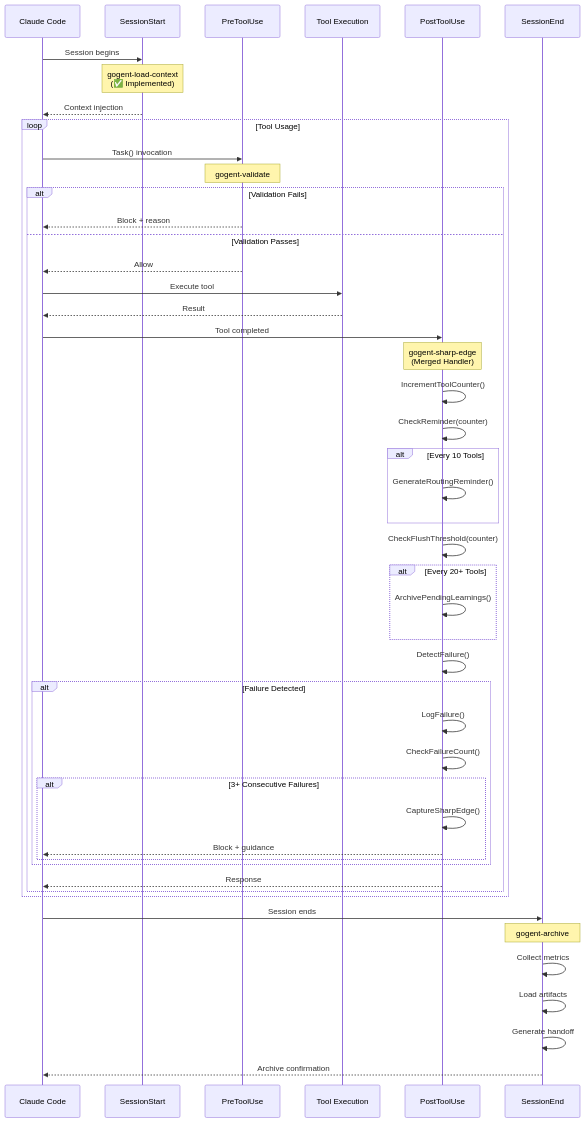
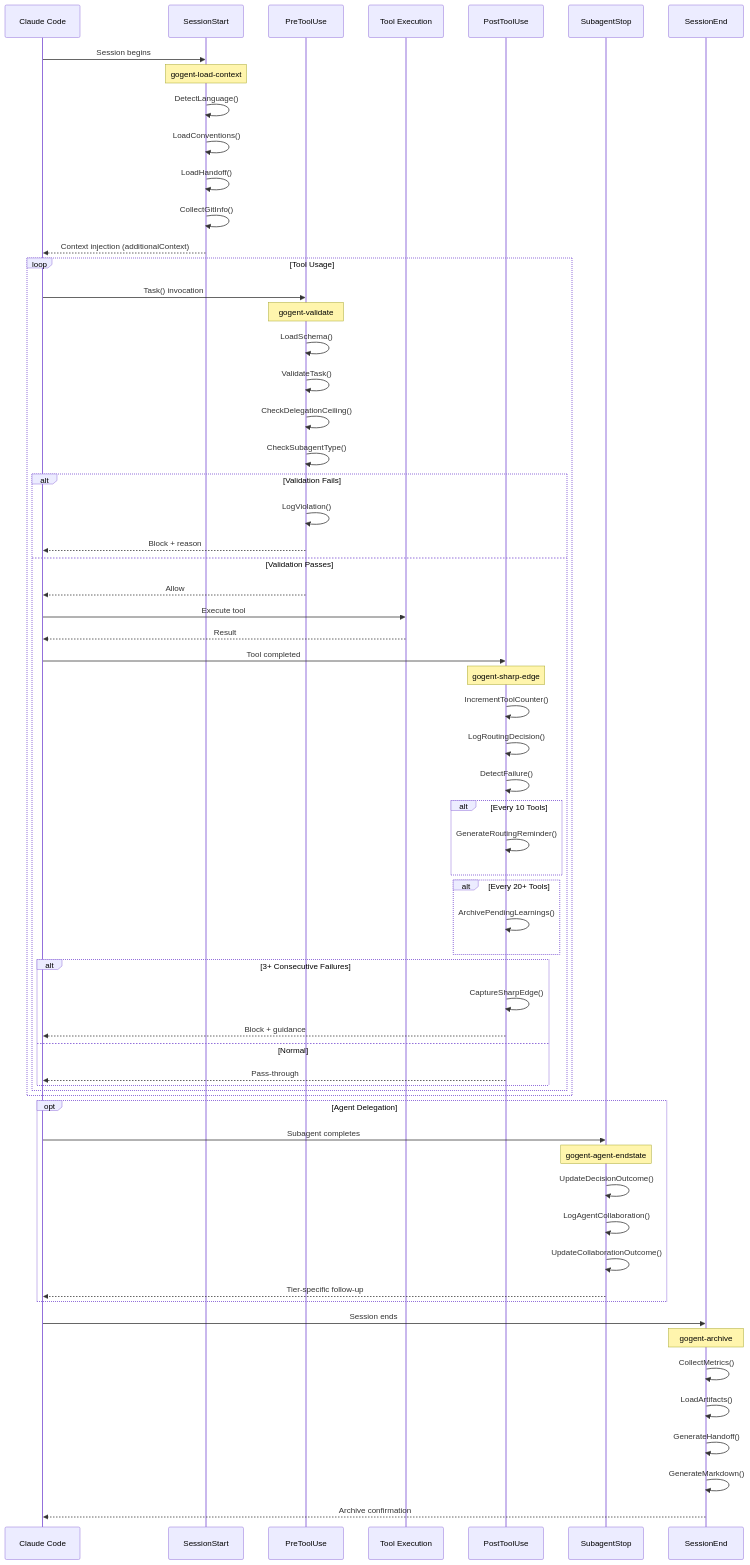
Before and after one commit to Bucket-Chemist/goYoke: the first of 6 diagrams in docs/systems-architecture-overview.md, drawn with Mermaid. The commit also changed other lines of this file and 71 other files, not shown here.

````diff
--- a/docs/systems-architecture-overview.md
+++ b/docs/systems-architecture-overview.md
@@ -21,57 +156,74 @@
 ```mermaid
 sequenceDiagram
     participant CC as Claude Code
     participant SS as SessionStart
     participant PT as PreToolUse
     participant Tool as Tool Execution
     participant PO as PostToolUse
+    participant SA as SubagentStop
     participant SE as SessionEnd
 
     CC->>SS: Session begins
-    Note over SS: gogent-load-context<br/>(✅ Implemented)
-    SS-->>CC: Context injection
+    Note over SS: gogent-load-context
+    SS->>SS: DetectLanguage()
+    SS->>SS: LoadConventions()
+    SS->>SS: LoadHandoff()
+    SS->>SS: CollectGitInfo()
+    SS-->>CC: Context injection (additionalContext)
 
     loop Tool Usage
         CC->>PT: Task() invocation
         Note over PT: gogent-validate
+        PT->>PT: LoadSchema()
+        PT->>PT: ValidateTask()
+        PT->>PT: CheckDelegationCeiling()
+        PT->>PT: CheckSubagentType()
 
         alt Validation Fails
+            PT->>PT: LogViolation()
             PT-->>CC: Block + reason
         else Validation Passes
             PT-->>CC: Allow
             CC->>Tool: Execute tool
             Tool-->>CC: Result
+
             CC->>PO: Tool completed
-            Note over PO: gogent-sharp-edge<br/>(Merged Handler)
+            Note over PO: gogent-sharp-edge
+            PO->>PO: IncrementToolCounter()
+            PO->>PO: LogRoutingDecision()
+            PO->>PO: DetectFailure()
 
-            PO->>PO: IncrementToolCounter()
-            PO->>PO: CheckReminder(counter)
             alt Every 10 Tools
                 PO->>PO: GenerateRoutingReminder()
             end
-            PO->>PO: CheckFlushThreshold(counter)
+
             alt Every 20+ Tools
                 PO->>PO: ArchivePendingLearnings()
             end
 
-            PO->>PO: DetectFailure()
-            alt Failure Detected
-                PO->>PO: LogFailure()
-                PO->>PO: CheckFailureCount()
-                alt 3+ Consecutive Failures
-                    PO->>PO: CaptureSharpEdge()
-                    PO-->>CC: Block + guidance
-                end
+            alt 3+ Consecutive Failures
+                PO->>PO: CaptureSharpEdge()
+                PO-->>CC: Block + guidance
+            else Normal
+                PO-->>CC: Pass-through
             end
+        end
+    end
 
-            PO-->>CC: Response
-        end
+    opt Agent Delegation
+        CC->>SA: Subagent completes
+        Note over SA: gogent-agent-endstate
+        SA->>SA: UpdateDecisionOutcome()
+        SA->>SA: LogAgentCollaboration()
+        SA->>SA: UpdateCollaborationOutcome()
+        SA-->>CC: Tier-specific follow-up
     end
 
     CC->>SE: Session ends
     Note over SE: gogent-archive
-    SE->>SE: Collect metrics
-    SE->>SE: Load artifacts
-    SE->>SE: Generate handoff
+    SE->>SE: CollectMetrics()
+    SE->>SE: LoadArtifacts()
+    SE->>SE: GenerateHandoff()
+    SE->>SE: GenerateMarkdown()
     SE-->>CC: Archive confirmation
 ```
````
